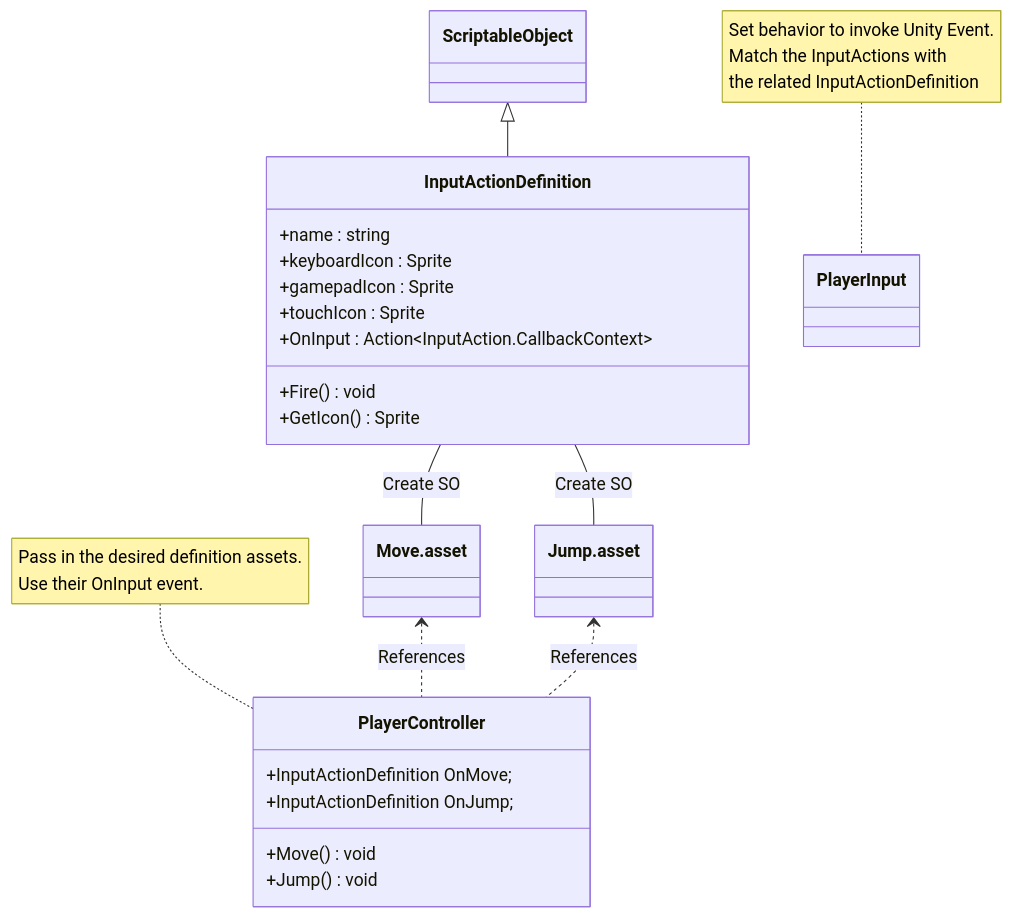
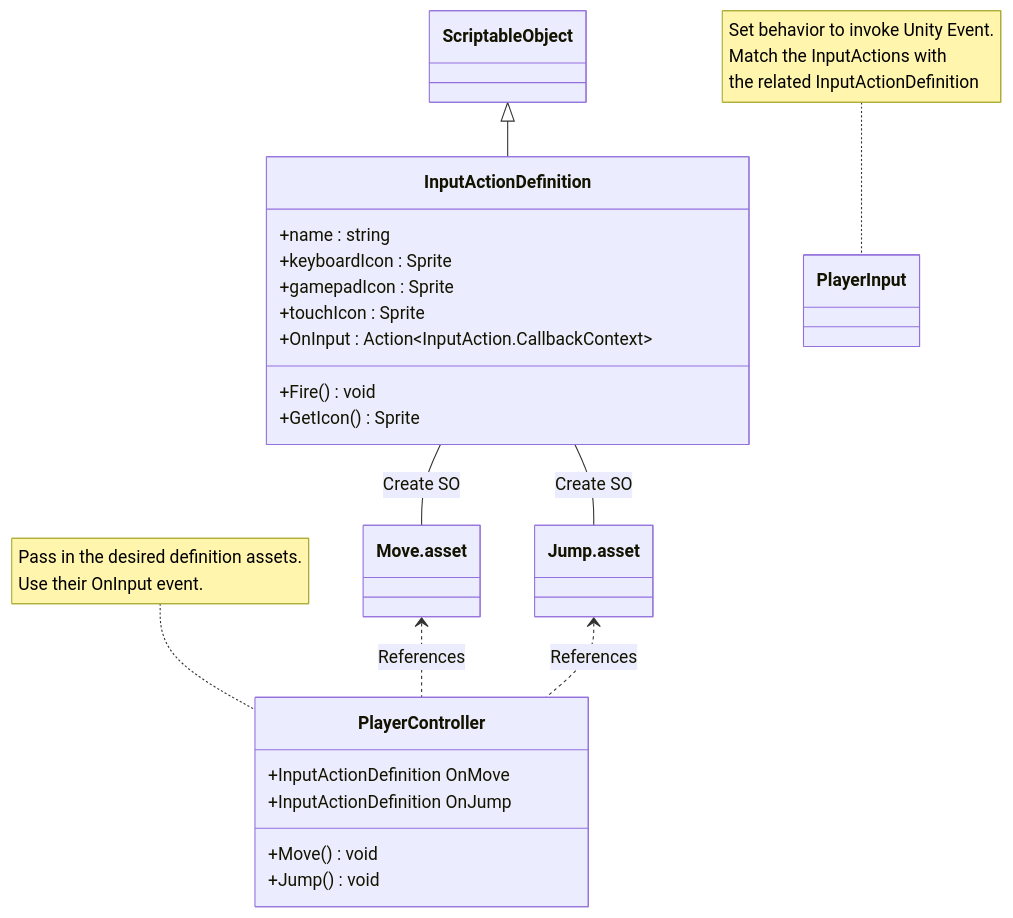
The diagram in content/posts/2025/unity-inputs-and-scriptableobjects/index.md (hylu-dev/hylu-blog), drawn with Mermaid before and after one commit.

Commit message:
remove semicolons

```diff
--- a/content/posts/2025/unity-inputs-and-scriptableobjects/index.md
+++ b/content/posts/2025/unity-inputs-and-scriptableobjects/index.md
@@ -39,37 +39,37 @@
 {{< mermaid >}}
 classDiagram
     class ScriptableObject
     
     class InputActionDefinition {
         +name : string
         +keyboardIcon : Sprite
         +gamepadIcon : Sprite
         +touchIcon : Sprite
 
         +OnInput : Action~InputAction.CallbackContext~
 
         +Fire() void
         +GetIcon() Sprite
     }
 
     ScriptableObject <|-- InputActionDefinition
     InputActionDefinition -- Move.asset : Create SO
     InputActionDefinition -- Jump.asset : Create SO
     Move.asset <.. PlayerController : References
     Jump.asset <.. PlayerController : References
 
     class PlayerController {
-        +InputActionDefinition OnMove;
-        +InputActionDefinition OnJump;
+        +InputActionDefinition OnMove
+        +InputActionDefinition OnJump
 
         +Move() void
         +Jump() void
     }
 
     class PlayerInput {
 
 
     }
     note for PlayerController "Pass in the desired definition assets.<br>Use their OnInput event."
     note for PlayerInput "Set behavior to invoke Unity Event.<br>Match the InputActions with<br>the related InputActionDefinition"
 {{< /mermaid >}}
```
